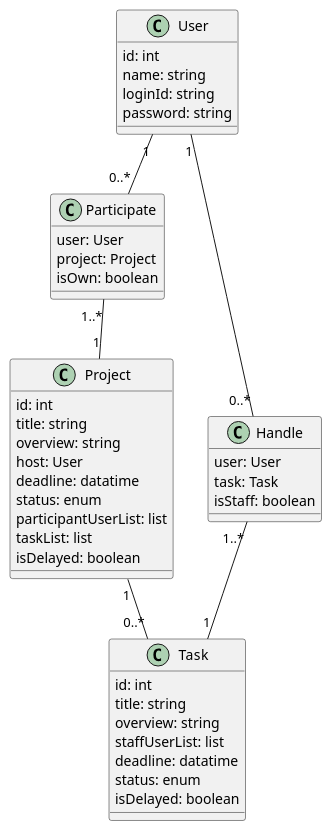
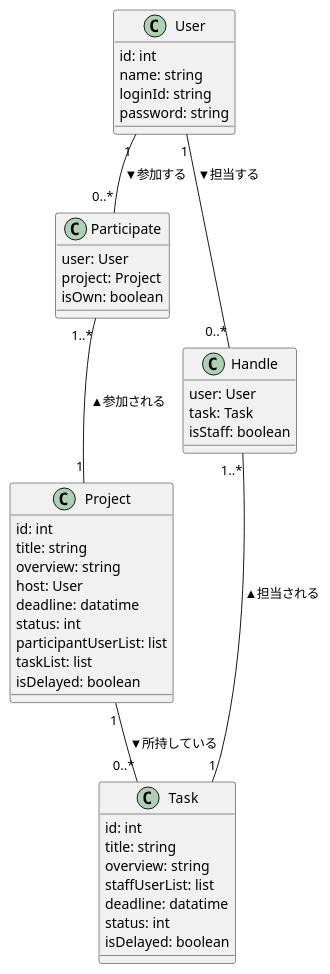
The diagram in classdia.pu (sato064/sw2020g1), drawn with PlantUML before and after one commit. The commit also changed 2 other files, not shown here.

```diff
--- a/classdia.pu
+++ b/classdia.pu
@@ -1,53 +1,53 @@
 @startuml
 
 
 class User{
     id: int
     name: string
     loginId: string
     password: string
     }
 
 class Project{
     id: int
     title: string
     overview: string
     host: User
     deadline: datatime
-    status: enum
+    status: int
     participantUserList: list
     taskList: list
     isDelayed: boolean
 }
 
 class Task{
     id: int
     title: string
     overview: string
     staffUserList: list
     deadline: datatime
-    status: enum
+    status: int
     isDelayed: boolean
 }
 
 class Participate{
     user: User
     project: Project
     isOwn: boolean
 }
 
 class Handle{
     user: User
     task: Task
     isStaff: boolean
 }
 
 
-User "1"--"0..*" Participate
-Participate"1..*"--"1" Project
-User "1"--"0..*" Handle
-Handle"1..*"--"1" Task
-Project "1"--"0..*" Task
+User "1"--"0..*" Participate :▼参加する
+Participate"1..*"--"1" Project :▲参加される
+User "1"--"0..*" Handle :▼担当する
+Handle"1..*"--"1" Task :▲担当される
+Project "1"--"0..*" Task :▼所持している
 
 
 @enduml
```
